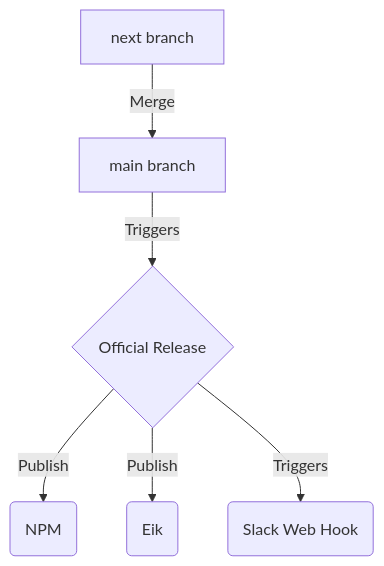
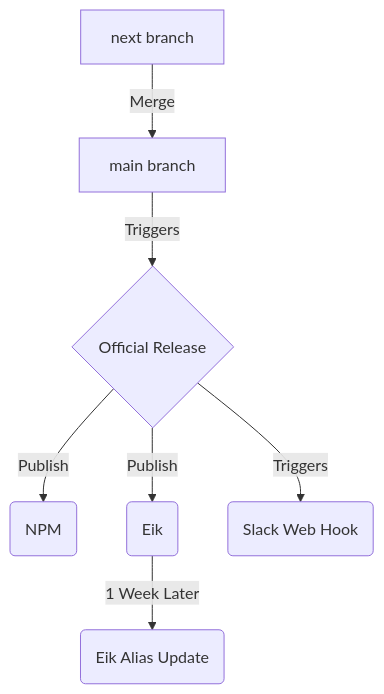
The second of 2 diagrams in rfcs/0004-releases.md (finn-no/fabric-issues), drawn with Mermaid before and after one commit. The commit also changed other lines of this file, not shown here.

````diff
--- a/rfcs/0004-releases.md
+++ b/rfcs/0004-releases.md
@@ -83,8 +86,9 @@
 ```mermaid
 graph TD;
     A[next branch]-->|Merge| B[main branch];
     B[main branch]-->|Triggers| C{Official Release};
     C{Official Release}-->|Publish|D(NPM);
     C{Official Release}-->|Publish|E(Eik);
     C{Official Release}-->|Triggers|F(Slack Web Hook);
+    E(Eik)-->|1 Week Later|G(Eik Alias Update);
 ```
````
